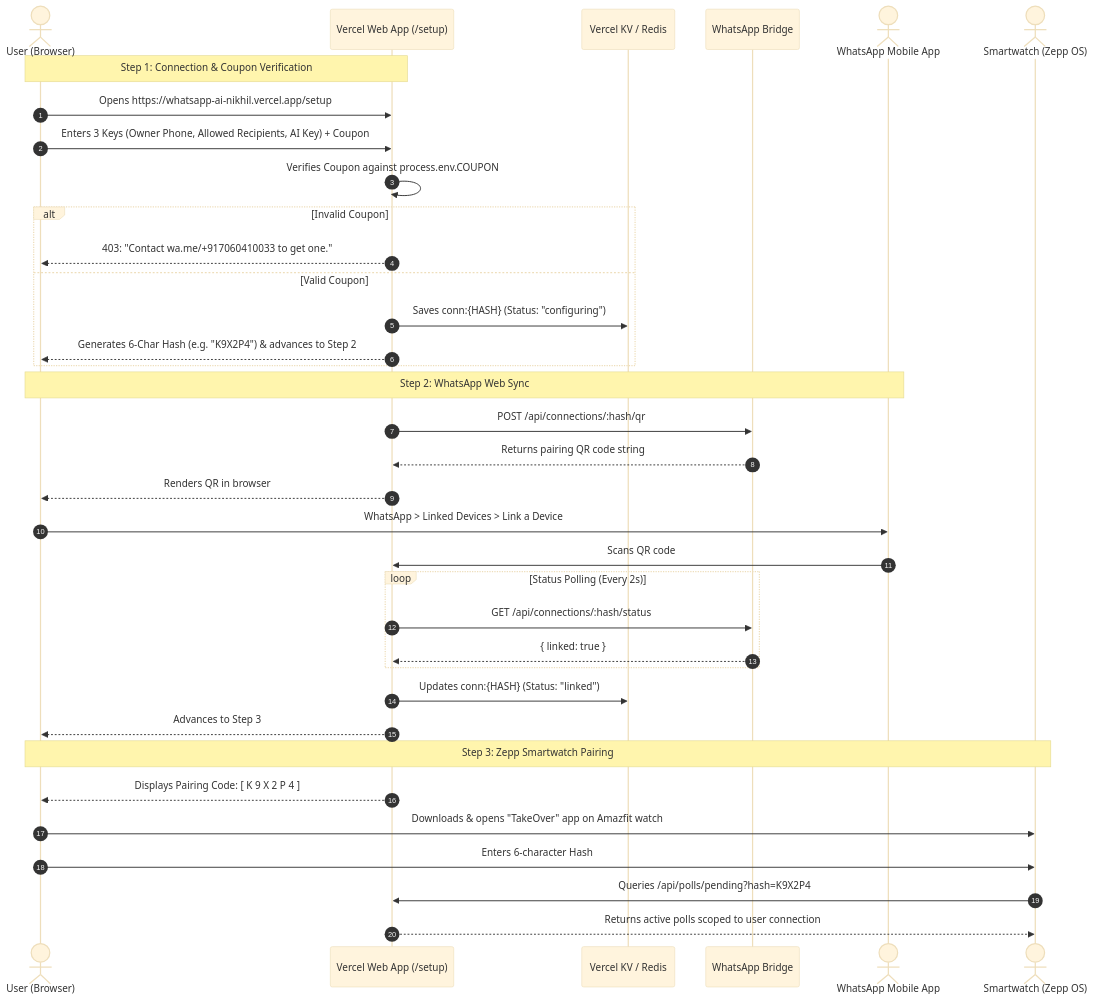
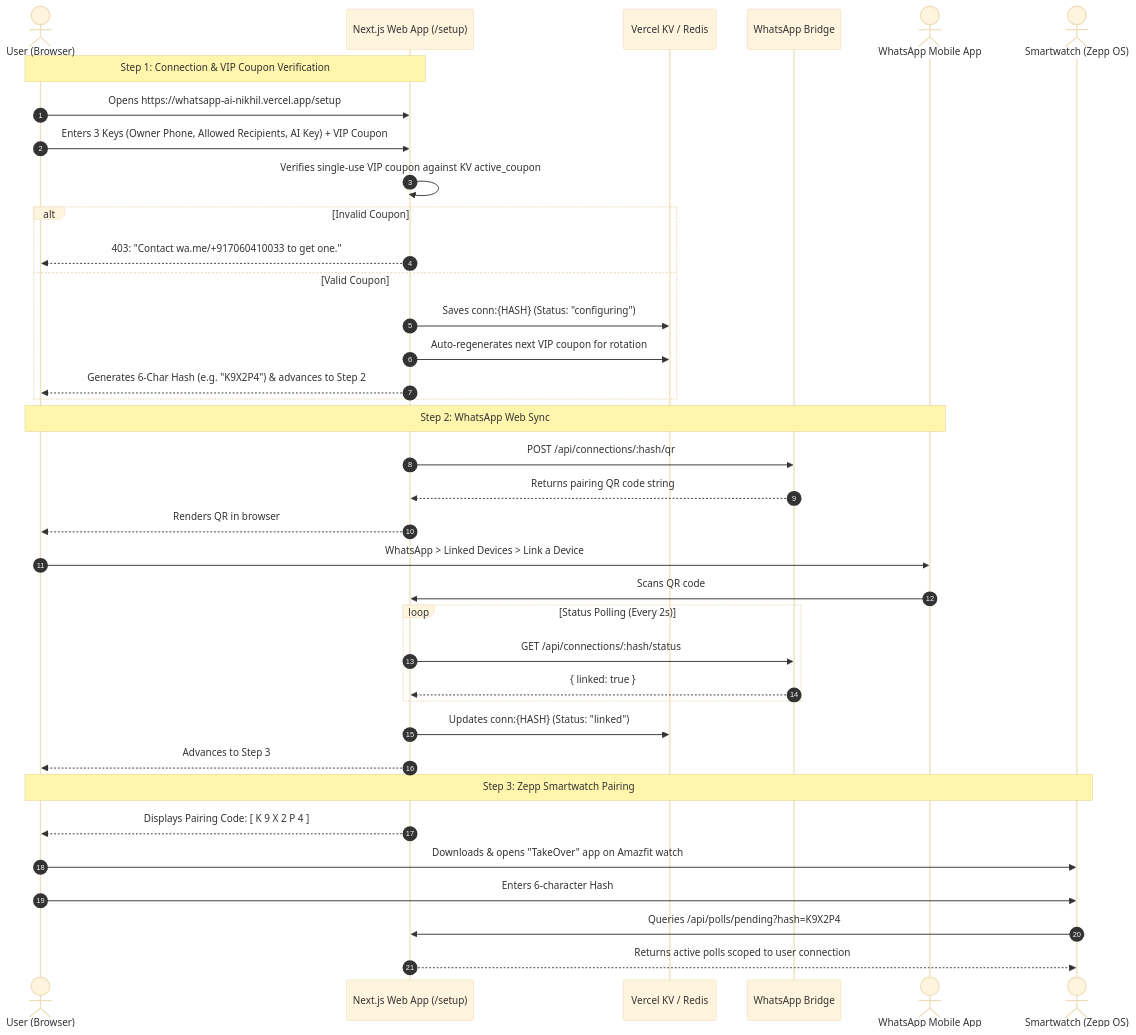
The diagram in docs/ONBOARDING_FLOW.md (Nikhil-Mundhra/whatsapp-ai), drawn with Mermaid (base theme) before and after one commit. The commit also changed other lines of this file and 12 other files, not shown here.

Commit message:
docs: update system architecture and remove emojis across documentation

````diff
--- a/docs/ONBOARDING_FLOW.md
+++ b/docs/ONBOARDING_FLOW.md
@@ -9,41 +9,42 @@
 ```mermaid
 sequenceDiagram
     autonumber
     actor User as User (Browser)
-    participant Web as Vercel Web App (/setup)
+    participant Web as Next.js Web App (/setup)
     participant KV as Vercel KV / Redis
     participant Bridge as WhatsApp Bridge
     actor Phone as WhatsApp Mobile App
     actor Watch as Smartwatch (Zepp OS)
 
-    Note over User, Web: Step 1: Connection & Coupon Verification
+    Note over User, Web: Step 1: Connection & VIP Coupon Verification
     User->>Web: Opens https://whatsapp-ai-nikhil.vercel.app/setup
-    User->>Web: Enters 3 Keys (Owner Phone, Allowed Recipients, AI Key) + Coupon
-    Web->>Web: Verifies Coupon against process.env.COUPON
+    User->>Web: Enters 3 Keys (Owner Phone, Allowed Recipients, AI Key) + VIP Coupon
+    Web->>Web: Verifies single-use VIP coupon against KV active_coupon
     alt Invalid Coupon
         Web-->>User: 403: "Contact wa.me/+917060410033 to get one."
     else Valid Coupon
         Web->>KV: Saves conn:{HASH} (Status: "configuring")
+        Web->>KV: Auto-regenerates next VIP coupon for rotation
         Web-->>User: Generates 6-Char Hash (e.g. "K9X2P4") & advances to Step 2
     end
 
     Note over User, Phone: Step 2: WhatsApp Web Sync
     Web->>Bridge: POST /api/connections/:hash/qr
     Bridge-->>Web: Returns pairing QR code string
     Web-->>User: Renders QR in browser
     User->>Phone: WhatsApp > Linked Devices > Link a Device
     Phone->>Web: Scans QR code
     loop Status Polling (Every 2s)
         Web->>Bridge: GET /api/connections/:hash/status
         Bridge-->>Web: { linked: true }
     end
     Web->>KV: Updates conn:{HASH} (Status: "linked")
     Web-->>User: Advances to Step 3
 
     Note over User, Watch: Step 3: Zepp Smartwatch Pairing
     Web-->>User: Displays Pairing Code: [ K 9 X 2 P 4 ]
     User->>Watch: Downloads & opens "TakeOver" app on Amazfit watch
     User->>Watch: Enters 6-character Hash
     Watch->>Web: Queries /api/polls/pending?hash=K9X2P4
     Web-->>Watch: Returns active polls scoped to user connection
 ```
````
